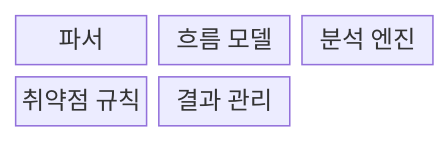
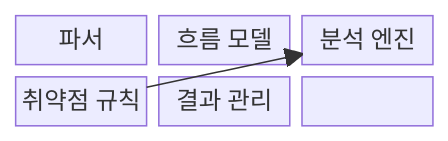
The first of 2 diagrams in src/content/docs/notes/03-software/067_static_application_security_testing.md (agnusdei1207/knowledge-base), drawn with Mermaid before and after one commit. The commit also changed other lines of this file and 20 other files, not shown here.

````diff
--- a/src/content/docs/notes/03-software/067_static_application_security_testing.md
+++ b/src/content/docs/notes/03-software/067_static_application_security_testing.md
@@ -54,9 +62,11 @@
 ```mermaid
-block-beta
+block
   columns 3
   P["파서"]
   M["흐름 모델"]
   E["분석 엔진"]
   R["취약점 규칙"]
   G["결과 관리"]
+  P --> M --> E --> G
+  R --> E
 ```
````
